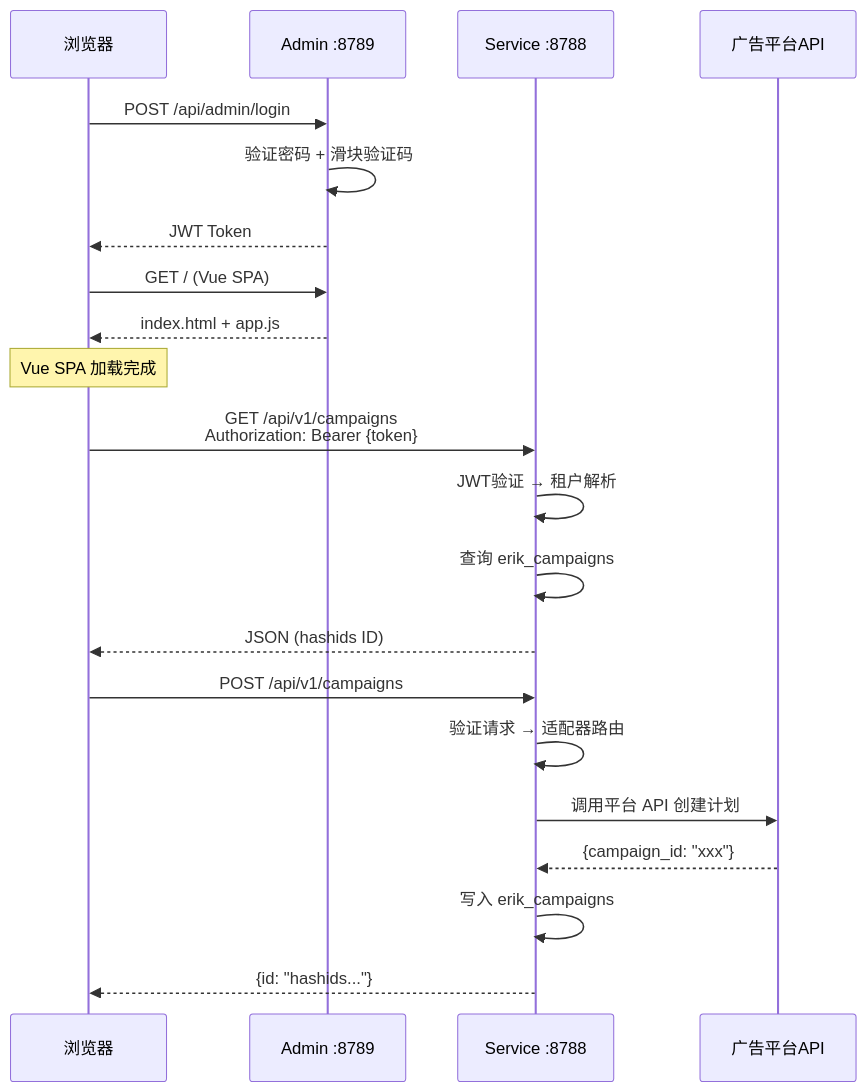
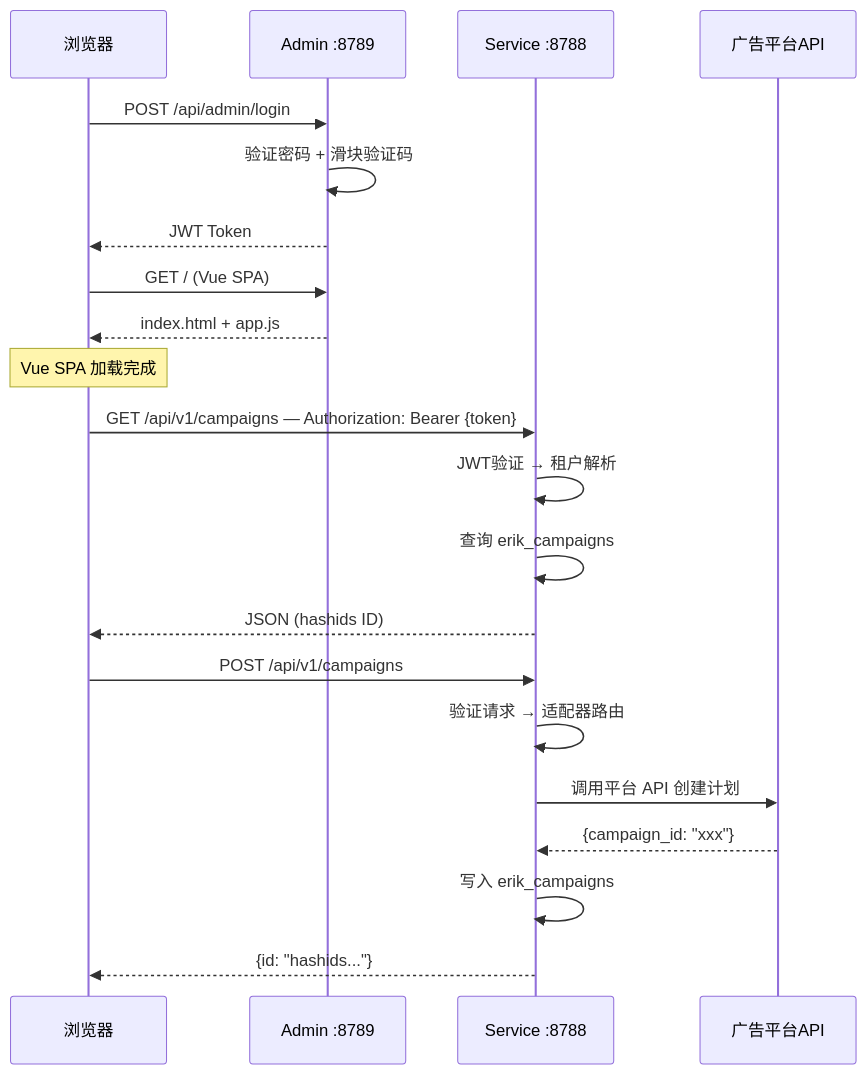
Before and after one commit to erikwang2013/ads-php: the third of 8 diagrams in docs/superpowers/specs/2026-05-14-ads-platform-design.md, drawn with Mermaid. The commit also changed other lines of this file, not shown here.

First line of the commit message:
fix: convert classDiagram to flowchart, remove HTML breaks from Mermaid

````diff
--- a/docs/superpowers/specs/2026-05-14-ads-platform-design.md
+++ b/docs/superpowers/specs/2026-05-14-ads-platform-design.md
@@ -687,28 +687,28 @@
 ```mermaid
 sequenceDiagram
     participant Browser as 浏览器
     participant Admin as Admin :8789
     participant Service as Service :8788
     participant Platform as 广告平台API
 
     Browser->>Admin: POST /api/admin/login
     Admin->>Admin: 验证密码 + 滑块验证码
     Admin-->>Browser: JWT Token
 
     Browser->>Admin: GET / (Vue SPA)
     Admin-->>Browser: index.html + app.js
 
     Note over Browser: Vue SPA 加载完成
 
-    Browser->>Service: GET /api/v1/campaigns<br/>Authorization: Bearer {token}
+    Browser->>Service: GET /api/v1/campaigns — Authorization: Bearer {token}
     Service->>Service: JWT验证 → 租户解析
     Service->>Service: 查询 erik_campaigns
     Service-->>Browser: JSON (hashids ID)
 
     Browser->>Service: POST /api/v1/campaigns
     Service->>Service: 验证请求 → 适配器路由
     Service->>Platform: 调用平台 API 创建计划
     Platform-->>Service: {campaign_id: "xxx"}
     Service->>Service: 写入 erik_campaigns
     Service-->>Browser: {id: "hashids..."}
 ```
````
